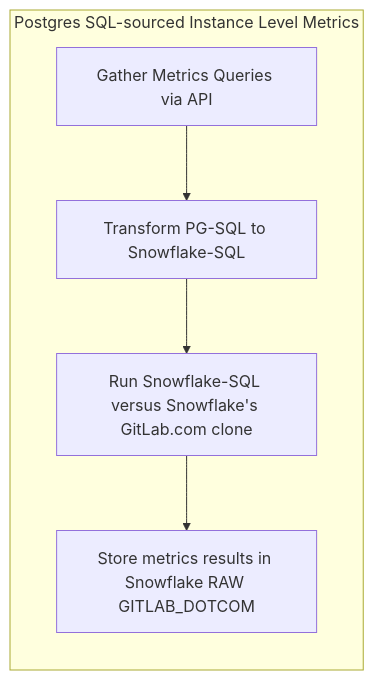
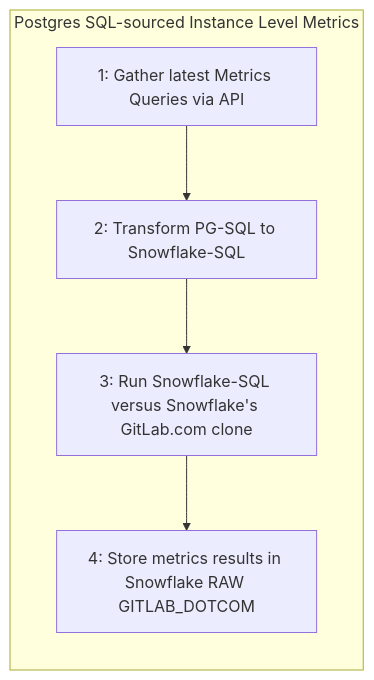
Before and after one commit to secretstartups/handbook: the first of 3 diagrams in business-technology/data-team/data-catalog/saas-service-ping-automation/index.html.md, drawn with Mermaid. The commit also changed other lines of this file, not shown here.

````diff
--- a/business-technology/data-team/data-catalog/saas-service-ping-automation/index.html.md
+++ b/business-technology/data-team/data-catalog/saas-service-ping-automation/index.html.md
@@ -73,8 +79,8 @@
 ```mermaid
 graph LR
 subgraph Postgres SQL-sourced Instance Level Metrics
-B[Gather Metrics Queries via API] --> C[Transform PG-SQL to Snowflake-SQL]
-C --> D[Run Snowflake-SQL versus Snowflake's GitLab.com clone]
-D --> E[Store metrics results in Snowflake RAW GITLAB_DOTCOM]
+B[1: Gather latest Metrics Queries via API] --> C[2: Transform PG-SQL to Snowflake-SQL]
+C --> D[3: Run Snowflake-SQL versus Snowflake's GitLab.com clone]
+D --> E[4: Store metrics results in Snowflake RAW GITLAB_DOTCOM]
 end
 ```
````
